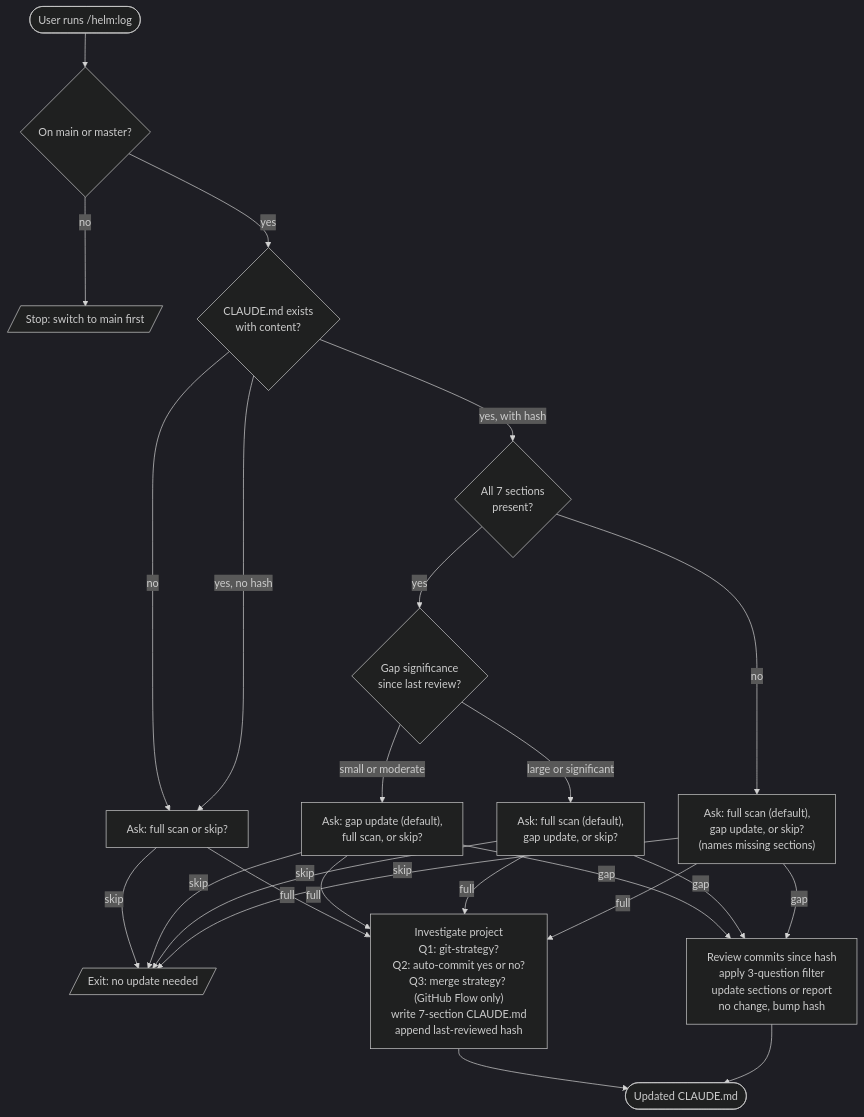
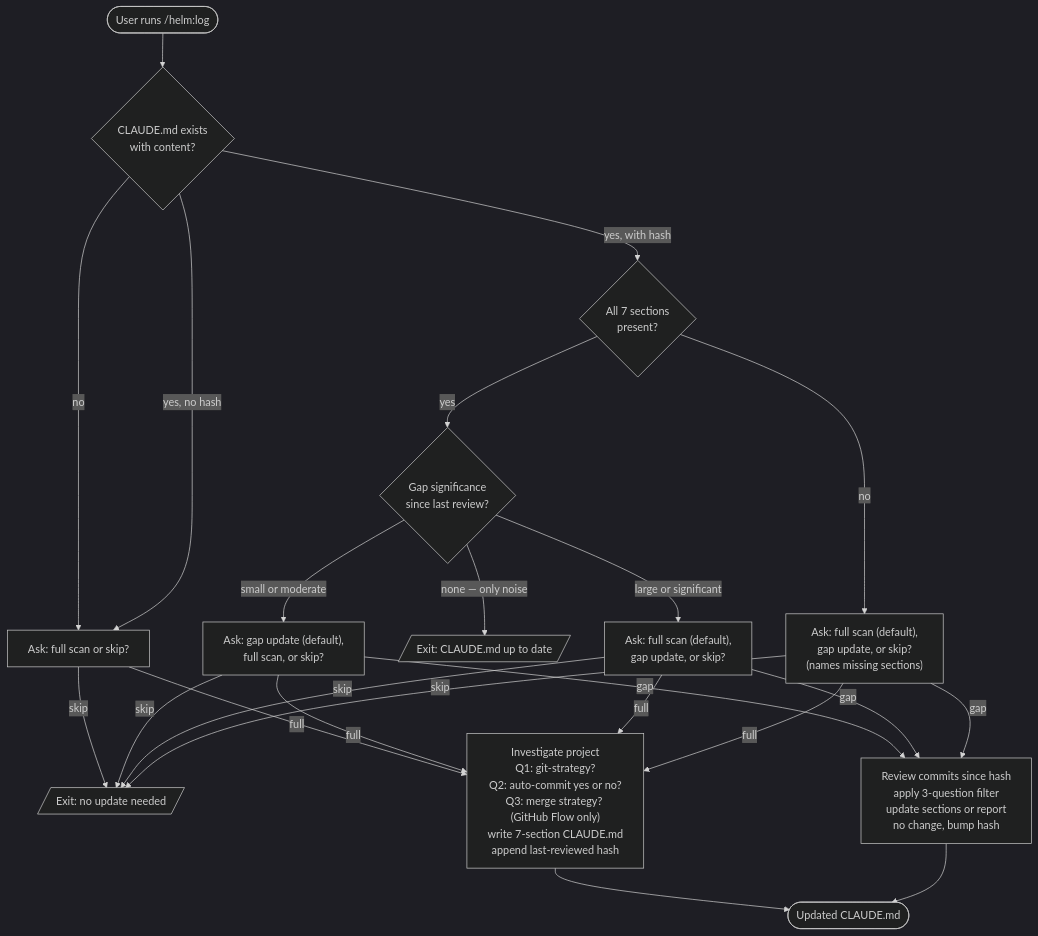
One commit to myowinthein/agent-helm changed the diagram in docs/commands/log.md. Above: the diagram before and after it, drawn with Mermaid (dark theme). The commit also changed other lines of this file and 1 other file, not shown here.

First line of the commit message:
refactor(log): drop branch check, reconcile rules edits, add up-to-date exit

````diff
--- a/docs/commands/log.md
+++ b/docs/commands/log.md
@@ -13,33 +13,32 @@
 ```mermaid
 flowchart TD
-  Start([User runs /helm:log]) --> Branch{On main or master?}
-  Branch -->|no| Stop[/Stop: switch to main first/]
-  Branch -->|yes| Exists{CLAUDE.md exists<br/>with content?}
+  Start([User runs /helm:log]) --> Exists{CLAUDE.md exists<br/>with content?}
 
   Exists -->|no| Mode1[Ask: full scan or skip?]
   Exists -->|yes, no hash| Mode1
   Exists -->|yes, with hash| Schema{All 7 sections<br/>present?}
 
   Schema -->|no| Mode4["Ask: full scan (default),<br/>gap update, or skip?<br/>(names missing sections)"]
   Schema -->|yes| Gap{Gap significance<br/>since last review?}
 
+  Gap -->|none — only noise| UpToDate[/Exit: CLAUDE.md up to date/]
   Gap -->|small or moderate| Mode2["Ask: gap update (default),<br/>full scan, or skip?"]
   Gap -->|large or significant| Mode3["Ask: full scan (default),<br/>gap update, or skip?"]
 
   Mode1 -->|skip| Skip[/Exit: no update needed/]
   Mode1 -->|full| Full
   Mode2 -->|skip| Skip
   Mode2 -->|full| Full
   Mode2 -->|gap| GapPath
   Mode3 -->|skip| Skip
   Mode3 -->|full| Full
   Mode3 -->|gap| GapPath
   Mode4 -->|skip| Skip
   Mode4 -->|full| Full
   Mode4 -->|gap| GapPath
 
   Full["Investigate project<br/>Q1: git-strategy?<br/>Q2: auto-commit yes or no?<br/>Q3: merge strategy? (GitHub Flow only)<br/>write 7-section CLAUDE.md<br/>append last-reviewed hash"] --> Done
   GapPath[Review commits since hash<br/>apply 3-question filter<br/>update sections or report<br/>no change, bump hash] --> Done
 
   Done([Updated CLAUDE.md])
 ```
````
